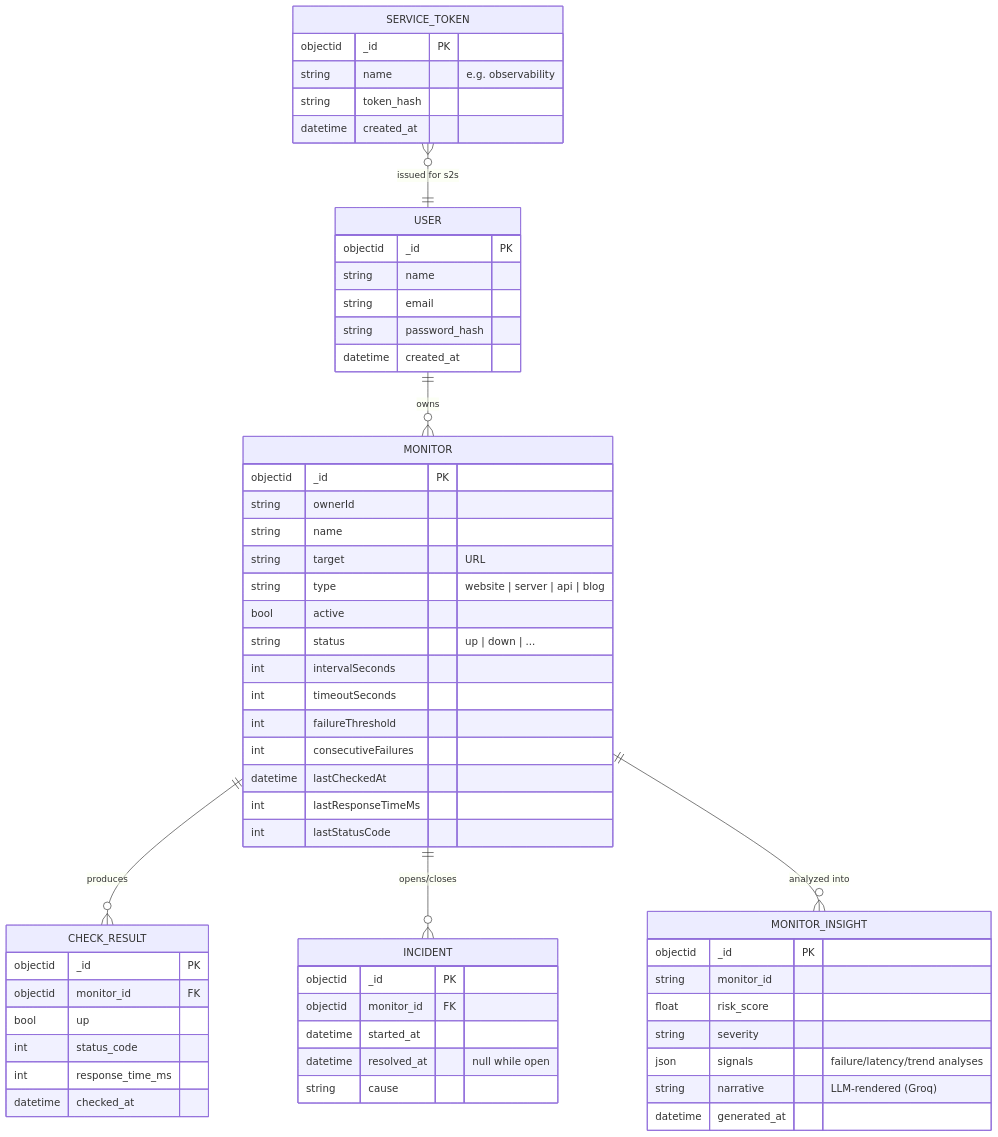
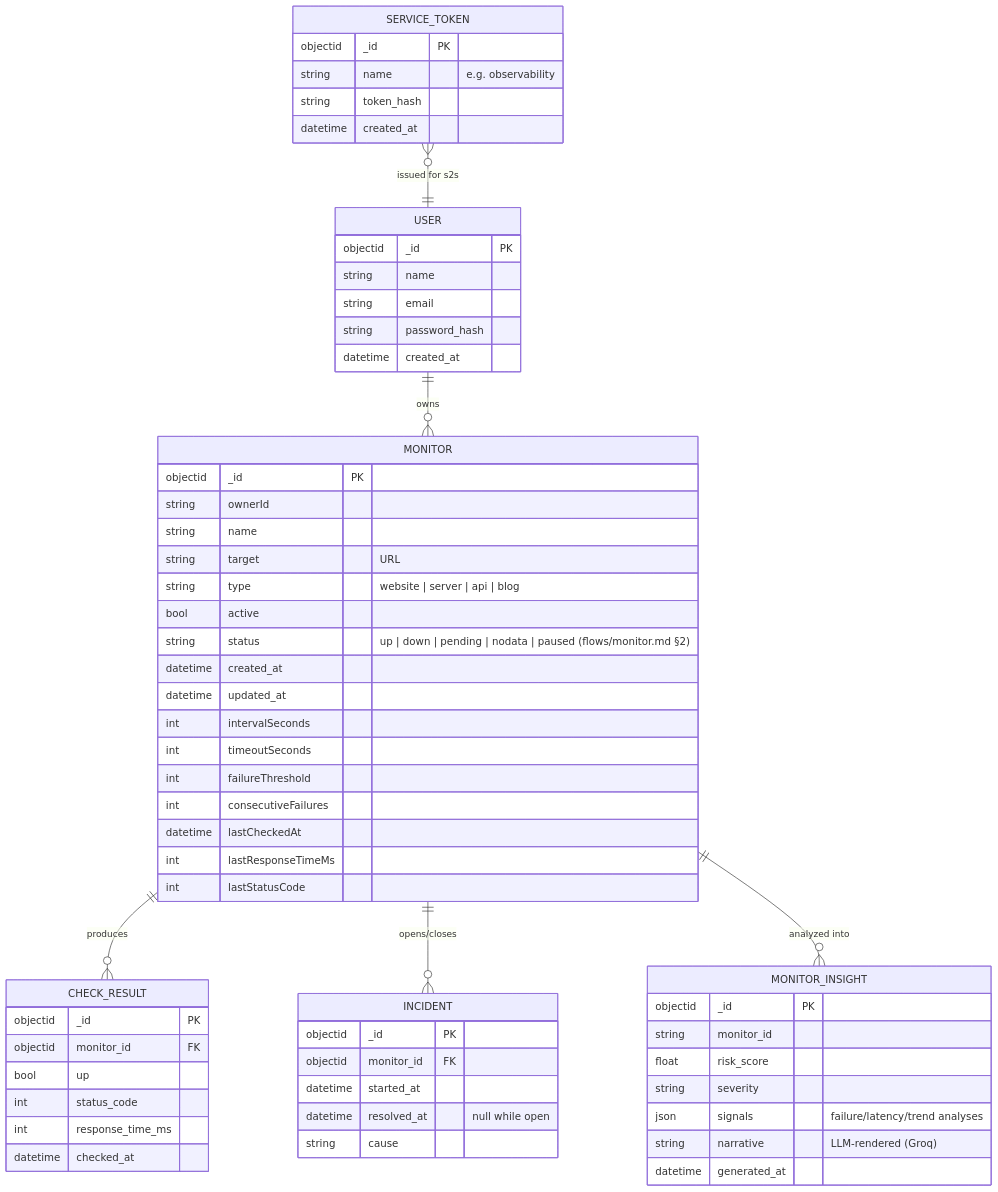
One commit to cuesoftinc/upstat changed the first of 3 diagrams in docs/data-model.md. Above: the diagram before and after it, drawn with Mermaid. The commit also changed other lines of this file and 21 other files, not shown here.

````diff
--- a/docs/data-model.md
+++ b/docs/data-model.md
@@ -8,62 +8,64 @@
 ```mermaid
 erDiagram
     USER ||--o{ MONITOR : owns
     MONITOR ||--o{ CHECK_RESULT : produces
     MONITOR ||--o{ INCIDENT : "opens/closes"
     MONITOR ||--o{ MONITOR_INSIGHT : "analyzed into"
     SERVICE_TOKEN }o--|| USER : "issued for s2s"
 
     USER {
         objectid _id PK
         string name
         string email
         string password_hash
         datetime created_at
     }
     MONITOR {
         objectid _id PK
         string ownerId
         string name
         string target "URL"
         string type "website | server | api | blog"
         bool active
-        string status "up | down | ..."
+        string status "up | down | pending | nodata | paused (flows/monitor.md §2)"
+        datetime created_at
+        datetime updated_at
         int intervalSeconds
         int timeoutSeconds
         int failureThreshold
         int consecutiveFailures
         datetime lastCheckedAt
         int lastResponseTimeMs
         int lastStatusCode
     }
     CHECK_RESULT {
         objectid _id PK
         objectid monitor_id FK
         bool up
         int status_code
         int response_time_ms
         datetime checked_at
     }
     INCIDENT {
         objectid _id PK
         objectid monitor_id FK
         datetime started_at
         datetime resolved_at "null while open"
         string cause
     }
     MONITOR_INSIGHT {
         objectid _id PK
         string monitor_id
         float risk_score
         string severity
         json signals "failure/latency/trend analyses"
         string narrative "LLM-rendered (Groq)"
         datetime generated_at
     }
     SERVICE_TOKEN {
         objectid _id PK
         string name "e.g. observability"
         string token_hash
         datetime created_at
     }
 ```
````
